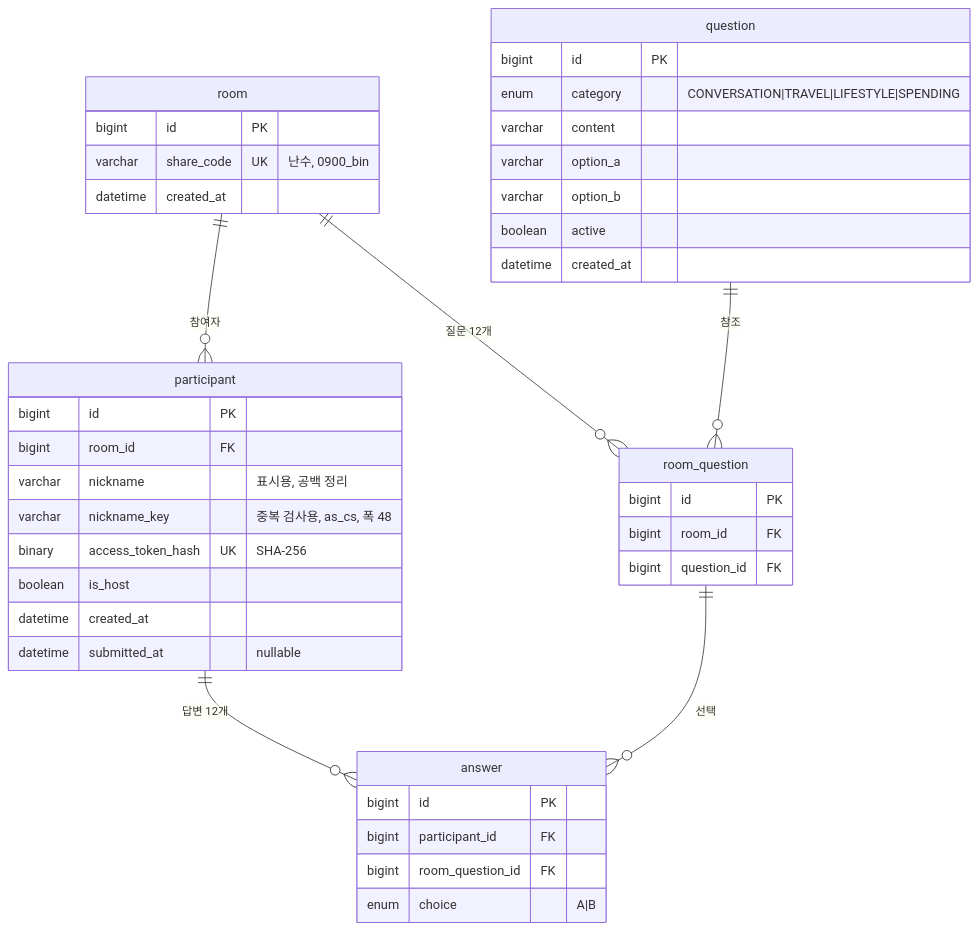
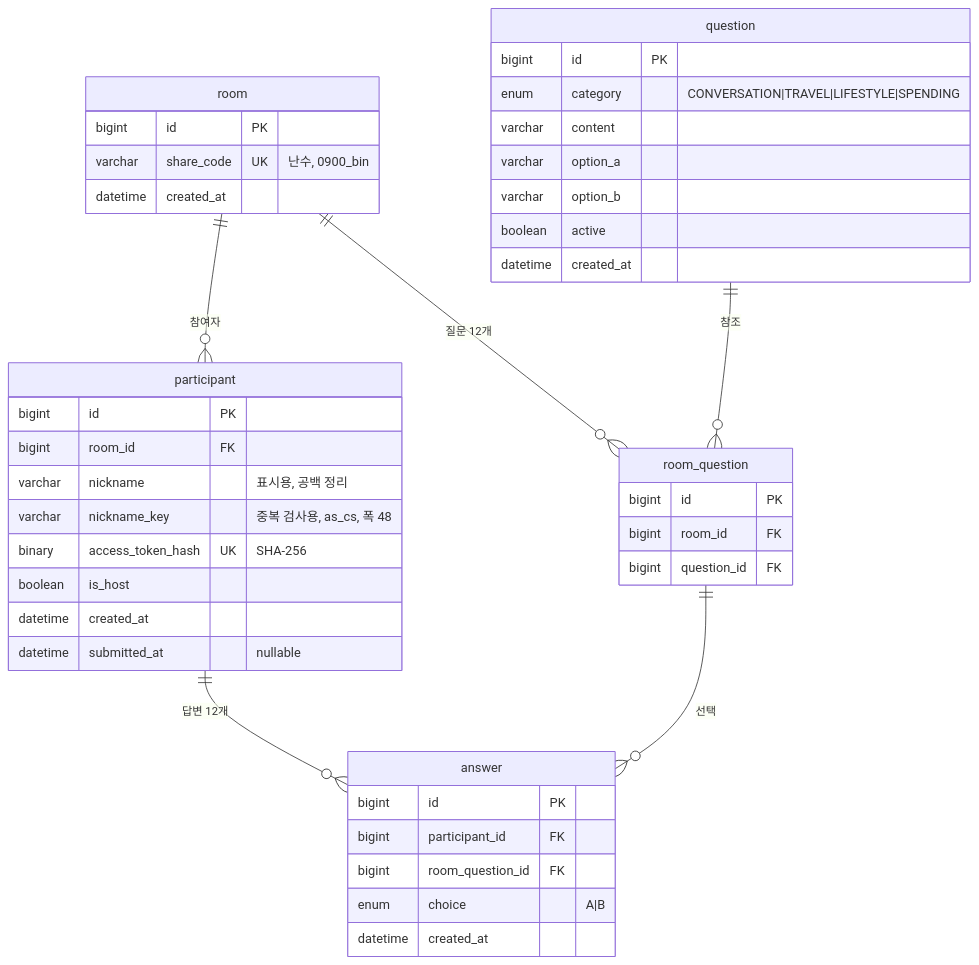
The diagram in docs/database.md (f-lab-edu/chemi_log), drawn with Mermaid before and after one commit. The commit also changed other lines of this file and 2 other files, not shown here.

````diff
--- a/docs/database.md
+++ b/docs/database.md
@@ -23,48 +23,49 @@
 ```mermaid
 erDiagram
     question {
         bigint   id           PK
         enum     category     "CONVERSATION|TRAVEL|LIFESTYLE|SPENDING"
         varchar  content
         varchar  option_a
         varchar  option_b
         boolean  active
         datetime created_at
     }
 
     room {
         bigint   id         PK
         varchar  share_code UK "난수, 0900_bin"
         datetime created_at
     }
 
     room_question {
         bigint id          PK
         bigint room_id     FK
         bigint question_id FK
     }
 
     participant {
         bigint   id            PK
         bigint   room_id       FK
         varchar  nickname      "표시용, 공백 정리"
         varchar  nickname_key  "중복 검사용, as_cs, 폭 48"
         binary   access_token_hash UK "SHA-256"
         boolean  is_host
         datetime created_at
         datetime submitted_at  "nullable"
     }
 
     answer {
         bigint id               PK
         bigint participant_id   FK
         bigint room_question_id FK
         enum   choice           "A|B"
+        datetime created_at
     }
 
     room          ||--o{ room_question : "질문 12개"
     room          ||--o{ participant   : "참여자"
     question      ||--o{ room_question : "참조"
     participant   ||--o{ answer        : "답변 12개"
     room_question ||--o{ answer        : "선택"
 ```
````
